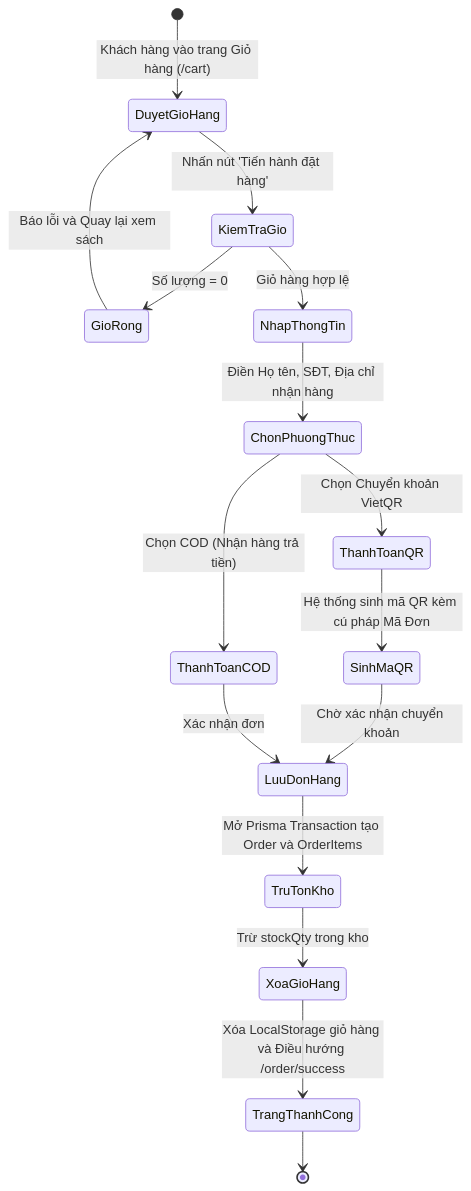
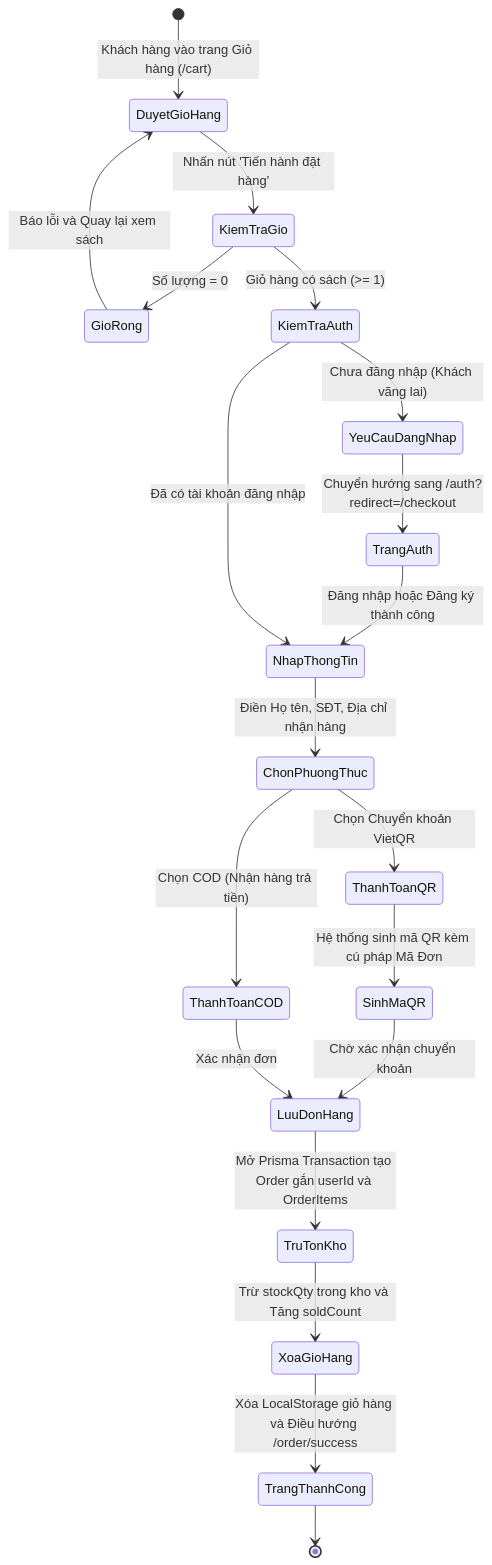
One commit to HannhhDangg/DALN-CNTT-1-1-26-N02_E-commerce-Book-Store changed the seventh of 14 diagrams in DOCS_KIEN_TRUC_SO_DO_BAO_CAO.md. Above: the diagram before and after it, drawn with Mermaid. The commit also changed other lines of this file and 1 other file, not shown here.

````diff
--- a/DOCS_KIEN_TRUC_SO_DO_BAO_CAO.md
+++ b/DOCS_KIEN_TRUC_SO_DO_BAO_CAO.md
@@ -435,25 +435,31 @@
 ```mermaid
 stateDiagram-v2
     [*] --> DuyetGioHang: Khách hàng vào trang Giỏ hàng (/cart)
     DuyetGioHang --> KiemTraGio: Nhấn nút 'Tiến hành đặt hàng'
     
     state KiemTraGio <<choice>>
     KiemTraGio --> GioRong: Số lượng = 0
     GioRong --> DuyetGioHang: Báo lỗi và Quay lại xem sách
-    KiemTraGio --> NhapThongTin: Giỏ hàng hợp lệ
+    KiemTraGio --> KiemTraAuth: Giỏ hàng có sách (>= 1)
+
+    state KiemTraAuth <<choice>>
+    KiemTraAuth --> YeuCauDangNhap: Chưa đăng nhập (Khách vãng lai)
+    YeuCauDangNhap --> TrangAuth: Chuyển hướng sang /auth?redirect=/checkout
+    TrangAuth --> NhapThongTin: Đăng nhập hoặc Đăng ký thành công
+    KiemTraAuth --> NhapThongTin: Đã có tài khoản đăng nhập
     
     NhapThongTin --> ChonPhuongThuc: Điền Họ tên, SĐT, Địa chỉ nhận hàng
     
     state ChonPhuongThuc <<choice>>
     ChonPhuongThuc --> ThanhToanCOD: Chọn COD (Nhận hàng trả tiền)
     ChonPhuongThuc --> ThanhToanQR: Chọn Chuyển khoản VietQR
     
     ThanhToanQR --> SinhMaQR: Hệ thống sinh mã QR kèm cú pháp Mã Đơn
     SinhMaQR --> LuuDonHang: Chờ xác nhận chuyển khoản
     ThanhToanCOD --> LuuDonHang: Xác nhận đơn
     
-    LuuDonHang --> TruTonKho: Mở Prisma Transaction tạo Order và OrderItems
-    TruTonKho --> XoaGioHang: Trừ stockQty trong kho
+    LuuDonHang --> TruTonKho: Mở Prisma Transaction tạo Order gắn userId và OrderItems
+    TruTonKho --> XoaGioHang: Trừ stockQty trong kho và Tăng soldCount
     XoaGioHang --> TrangThanhCong: Xóa LocalStorage giỏ hàng và Điều hướng /order/success
     TrangThanhCong --> [*]
 ```
````
